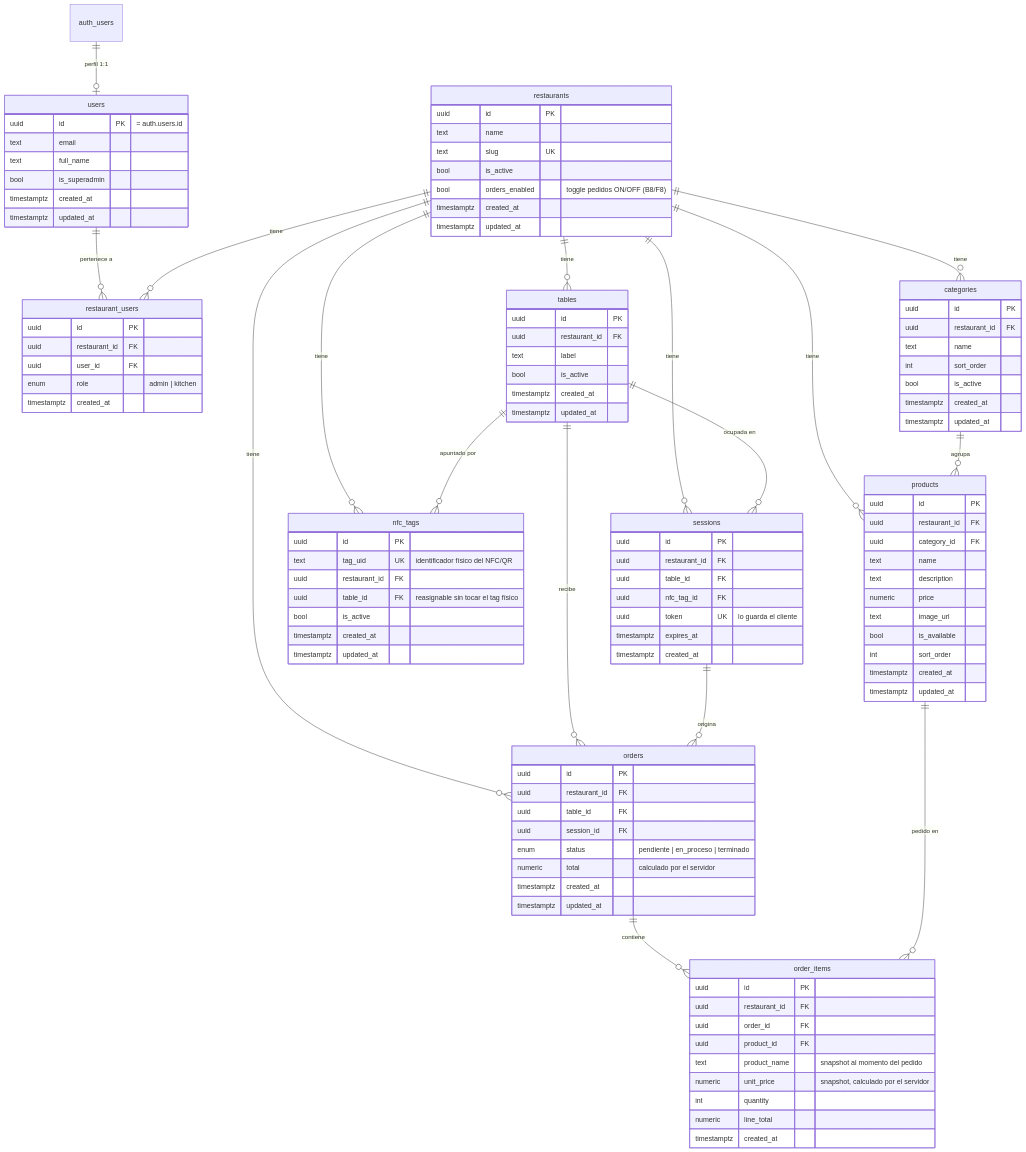
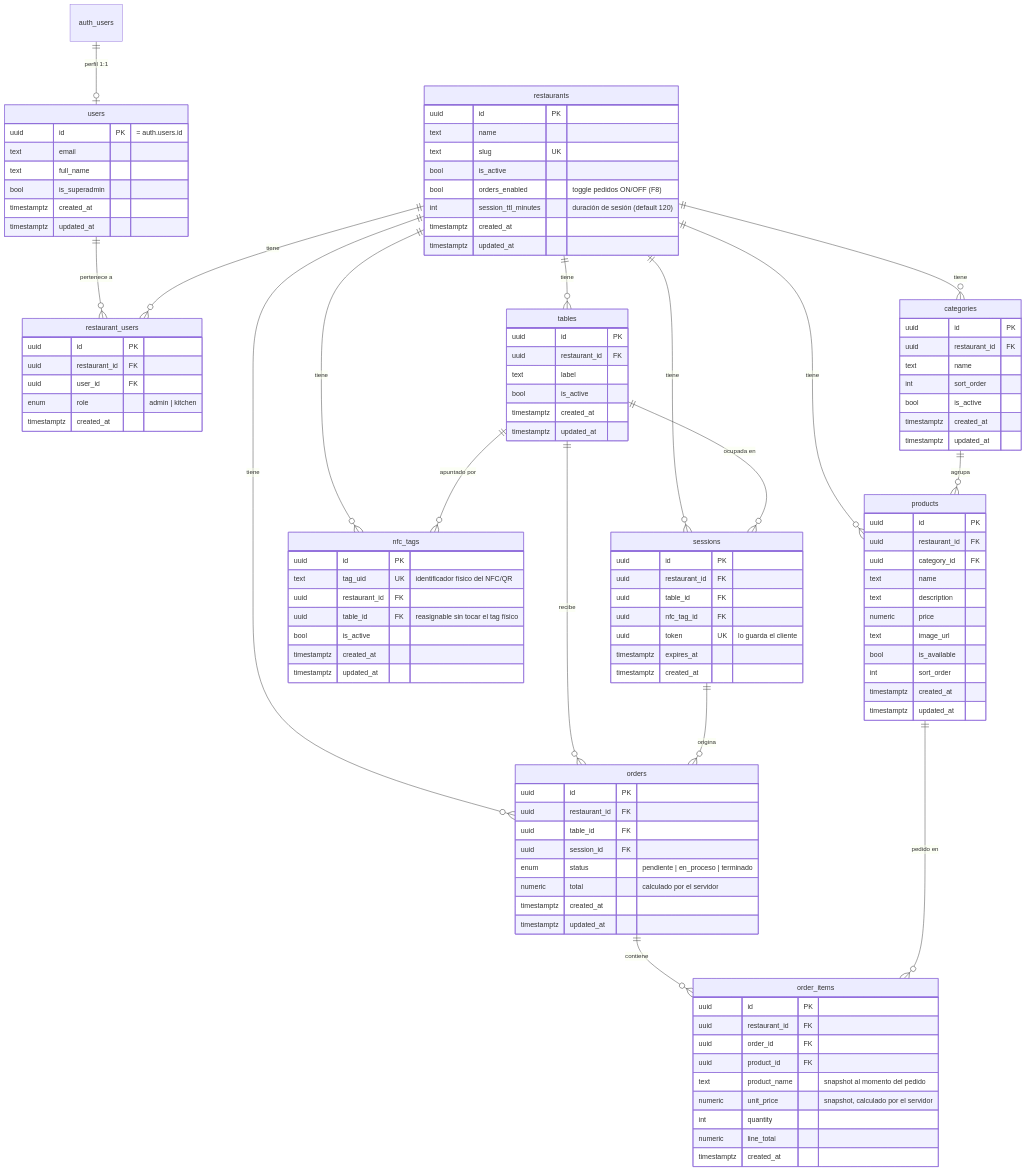
The diagram in backend/docs/er-diagram.md (JuanCruz44/Carta_Digital), drawn with Mermaid before and after one commit. The commit also changed other lines of this file and 2 other files, not shown here.

Commit message:
Fase B7: schema consolidado, diagrama ER final y README completo

```diff
--- a/backend/docs/er-diagram.md
+++ b/backend/docs/er-diagram.md
@@ -27,7 +27,8 @@
         text name
         text slug UK
         bool is_active
-        bool orders_enabled "toggle pedidos ON/OFF (B8/F8)"
+        bool orders_enabled "toggle pedidos ON/OFF (F8)"
+        int session_ttl_minutes "duración de sesión (default 120)"
         timestamptz created_at
         timestamptz updated_at
     }
```
